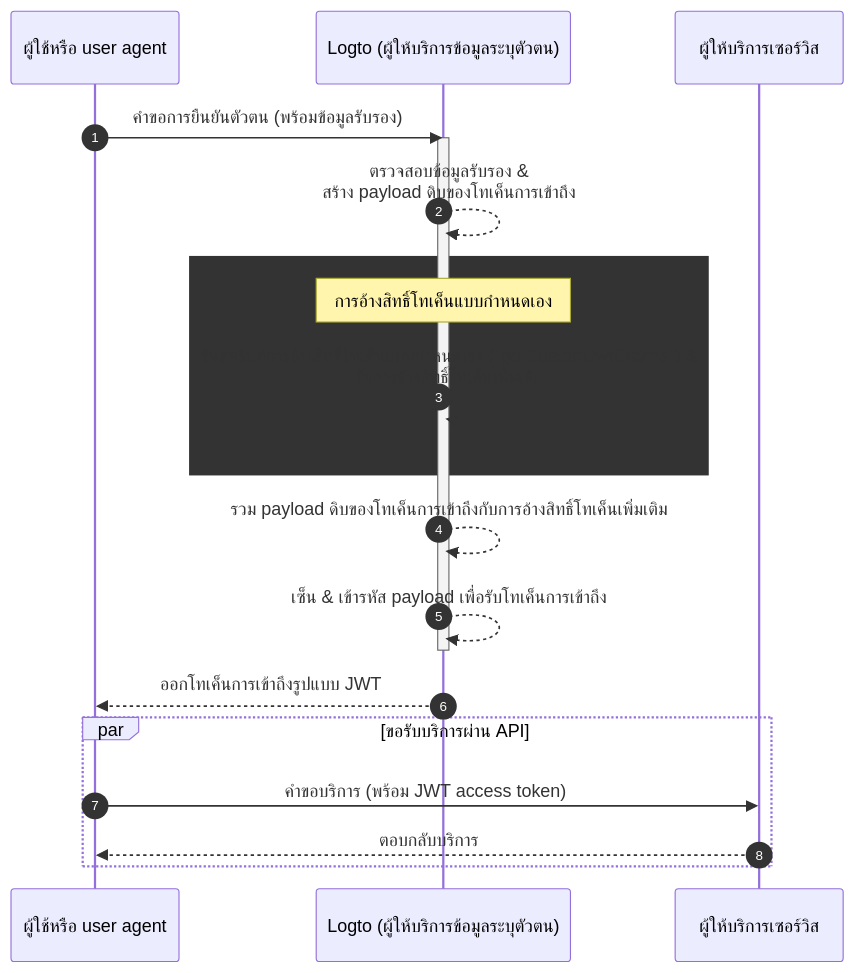
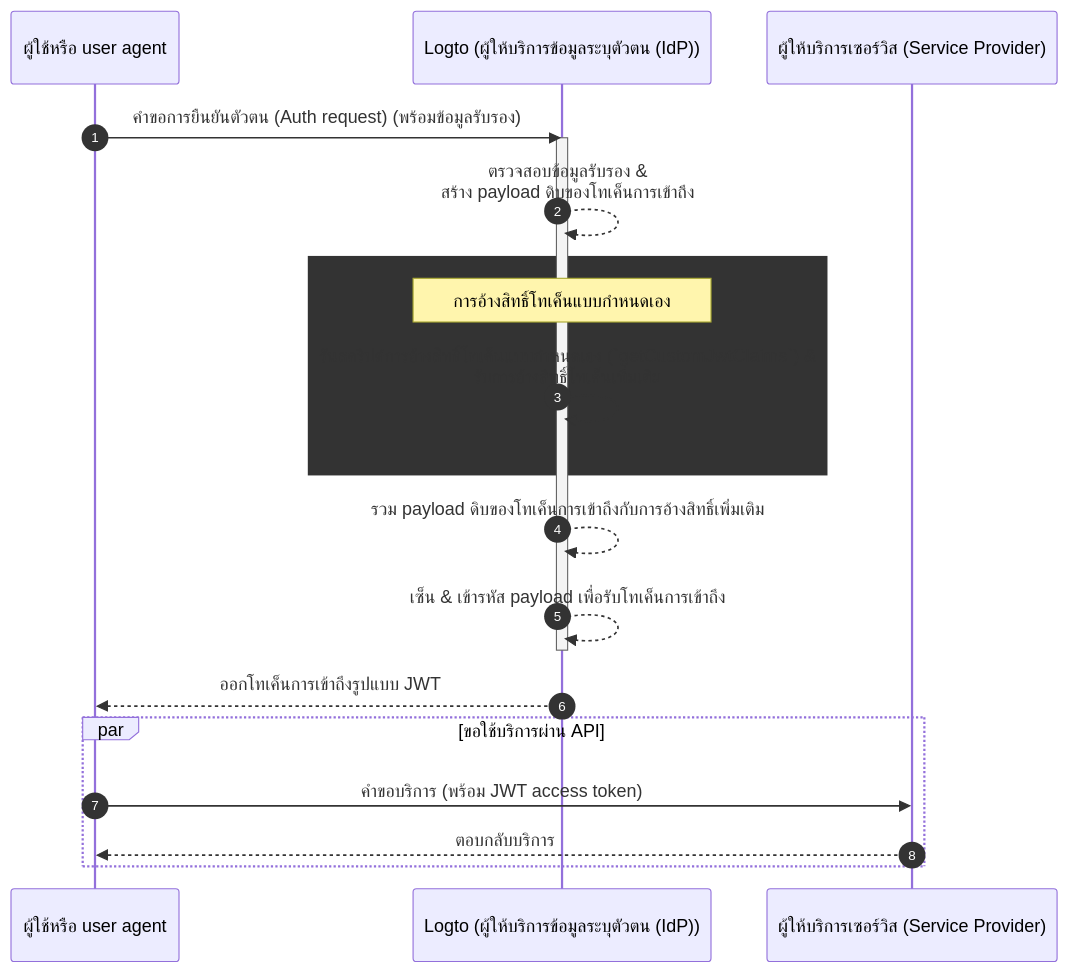
One commit to logto-io/docs changed the diagram in i18n/th/docusaurus-plugin-content-docs/current/developers/custom-token-claims/README.mdx. Above: the diagram before and after it, drawn with Mermaid. The commit also changed other lines of this file and 17 other files, not shown here.

````diff
--- a/i18n/th/docusaurus-plugin-content-docs/current/developers/custom-token-claims/README.mdx
+++ b/i18n/th/docusaurus-plugin-content-docs/current/developers/custom-token-claims/README.mdx
@@ -26,23 +26,23 @@
 ```mermaid
 sequenceDiagram
   participant U as ผู้ใช้หรือ user agent
-  participant IdP as Logto (ผู้ให้บริการข้อมูลระบุตัวตน)
-  participant SP as ผู้ให้บริการเซอร์วิส
+  participant IdP as Logto (ผู้ให้บริการข้อมูลระบุตัวตน (IdP))
+  participant SP as ผู้ให้บริการเซอร์วิส (Service Provider)
 
   autonumber
-  U ->> IdP: คำขอการยืนยันตัวตน (พร้อมข้อมูลรับรอง)
+  U ->> IdP: คำขอการยืนยันตัวตน (Auth request) (พร้อมข้อมูลรับรอง)
   activate IdP
   IdP-->>IdP: ตรวจสอบข้อมูลรับรอง &<br/>สร้าง payload ดิบของโทเค็นการเข้าถึง
   rect var(--mermaid-rect-fill)
   note over IdP: การอ้างสิทธิ์โทเค็นแบบกำหนดเอง
   IdP->>IdP: รันสคริปต์การอ้างสิทธิ์โทเค็นแบบกำหนดเอง (`getCustomJwtClaims`) &<br/>รับการอ้างสิทธิ์โทเค็นเพิ่มเติม
   end
-  IdP-->>IdP: รวม payload ดิบของโทเค็นการเข้าถึงกับการอ้างสิทธิ์โทเค็นเพิ่มเติม
+  IdP-->>IdP: รวม payload ดิบของโทเค็นการเข้าถึงกับการอ้างสิทธิ์เพิ่มเติม
   IdP-->>IdP: เซ็น & เข้ารหัส payload เพื่อรับโทเค็นการเข้าถึง
   deactivate IdP
   IdP-->>U: ออกโทเค็นการเข้าถึงรูปแบบ JWT
-  par ขอรับบริการผ่าน API
+  par ขอใช้บริการผ่าน API
   U->>SP: คำขอบริการ (พร้อม JWT access token)
   SP-->>U: ตอบกลับบริการ
   end
 ```
````
